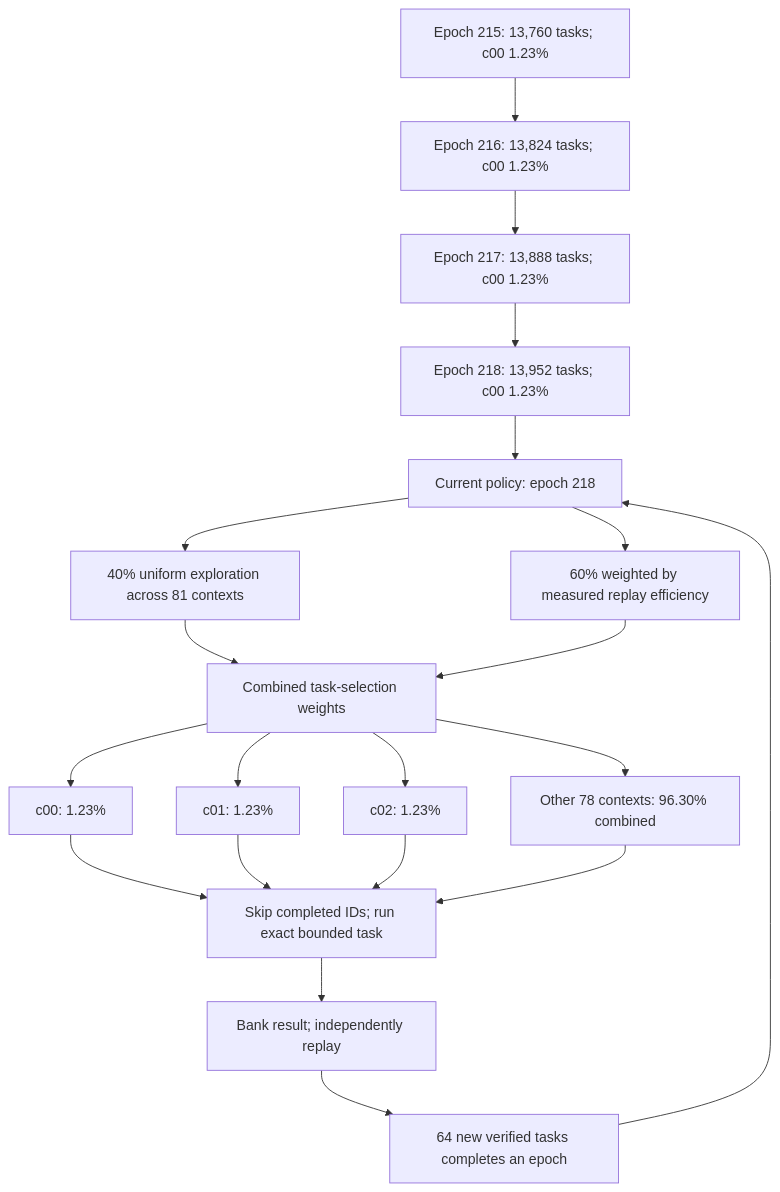
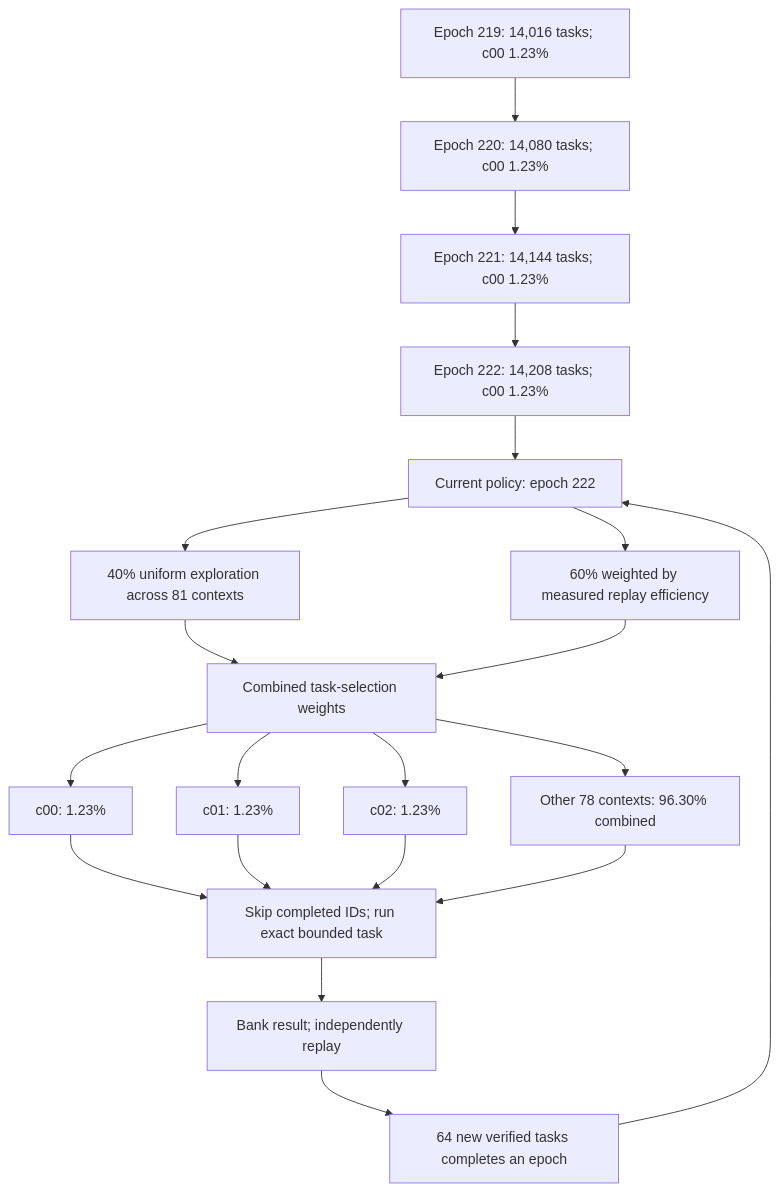
The diagram in README.md (Kuberwastaken/math-gambling), drawn with Mermaid before and after one commit. The commit also changed other lines of this file and 597 other files, not shown here.

````diff
--- a/README.md
+++ b/README.md
@@ -49,27 +49,27 @@
 ```mermaid
 flowchart TD
-    H0["Epoch 215: 13,760 tasks; c00 1.23%"]
-    H1["Epoch 216: 13,824 tasks; c00 1.23%"]
+    H0["Epoch 219: 14,016 tasks; c00 1.23%"]
+    H1["Epoch 220: 14,080 tasks; c00 1.23%"]
     H0 --> H1
-    H2["Epoch 217: 13,888 tasks; c00 1.23%"]
+    H2["Epoch 221: 14,144 tasks; c00 1.23%"]
     H1 --> H2
-    H3["Epoch 218: 13,952 tasks; c00 1.23%"]
+    H3["Epoch 222: 14,208 tasks; c00 1.23%"]
     H2 --> H3
-    Policy["Current policy: epoch 218"]
+    Policy["Current policy: epoch 222"]
     H3 --> Policy
     Policy --> Explore["40% uniform exploration across 81 contexts"]
     Policy --> Cost["60% weighted by measured replay efficiency"]
     Explore --> Mix["Combined task-selection weights"]
     Cost --> Mix
     Mix --> C0["c00: 1.23%"]
     Mix --> C1["c01: 1.23%"]
     Mix --> C2["c02: 1.23%"]
     Mix --> Rest["Other 78 contexts: 96.30% combined"]
     C0 --> Check["Skip completed IDs; run exact bounded task"]
     C1 --> Check
     C2 --> Check
     Rest --> Check
     Check --> Replay["Bank result; independently replay"]
     Replay --> Gate["64 new verified tasks completes an epoch"]
     Gate --> Policy
 ```
````
